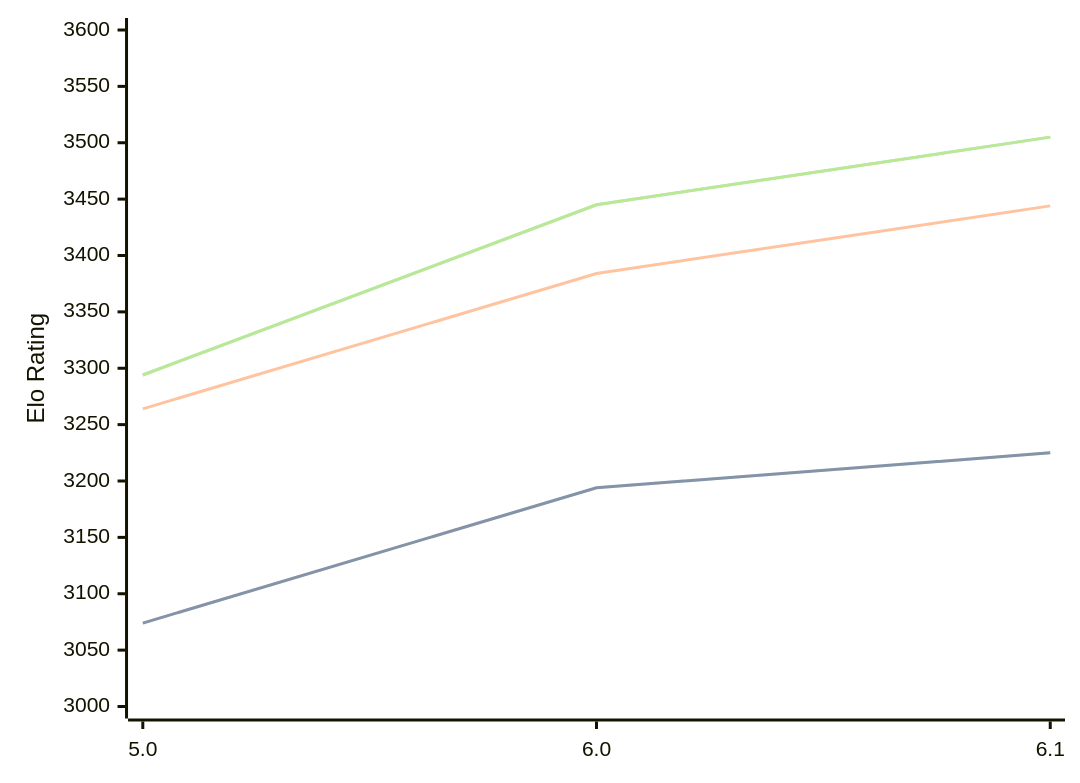
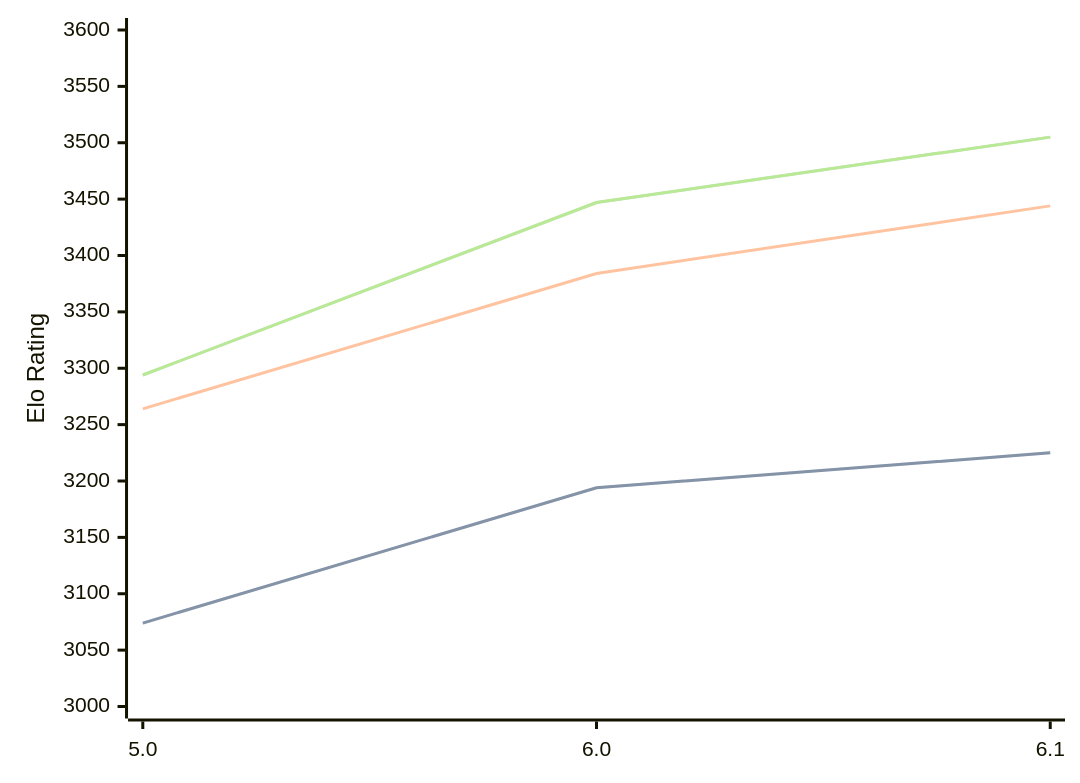
The diagram in engines/PZChessBot.md (computer-chess-index/cci), drawn with Mermaid before and after one commit. The commit also changed other lines of this file, not shown here.

Commit message:
Update CCI Ratings (ELO VLTC) - 2026-04-09

````diff
--- a/engines/PZChessBot.md
+++ b/engines/PZChessBot.md
@@ -42,11 +42,11 @@
 ```mermaid
 %%{init: {"theme":"base","themeVariables":{"seriesColors:['#a3a3a3','#222221','#faa371']}}}%%
 xychart-beta
   x-axis ["5.0", "6.0", "6.1"]
   y-axis "Elo Rating" 3000 --> 3600
   line "STC (8.0+0.08s)" [3074, 3194, 3225]
   line "STC (8.0+0.08s)" [3074, 3194, 3225]
   line "LTC (60.0+0.60s)" [3264, 3384, 3444]
-  line "VLTC (2m24s+1.12s)" [3294, 3445, 3505]
-  line "VLTC (2m24s+1.12s)" [3294, 3445, 3505]
+  line "VLTC (2m24s+1.12s)" [3294, 3447, 3505]
+  line "VLTC (2m24s+1.12s)" [3294, 3447, 3505]
 ```
````
